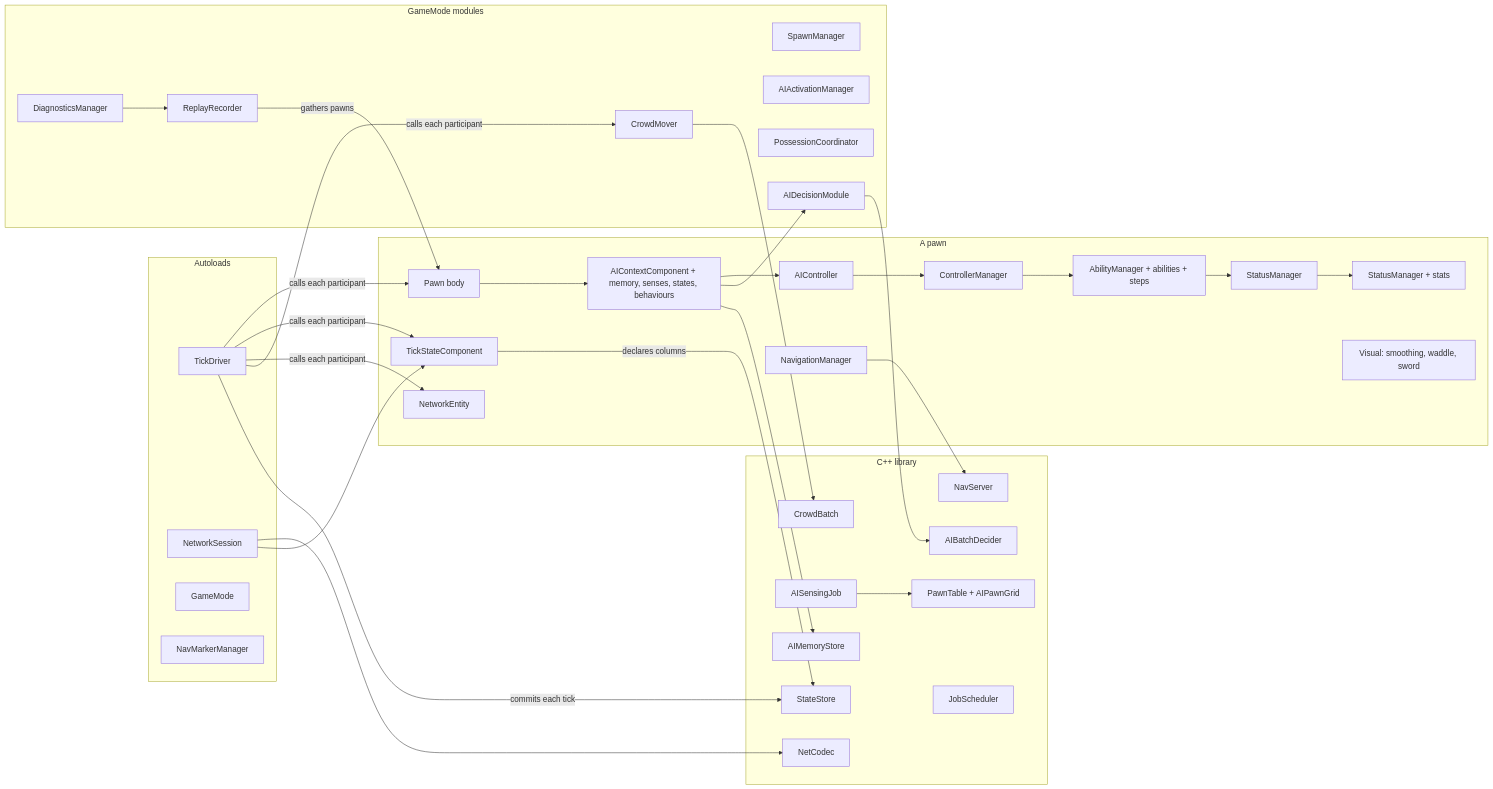
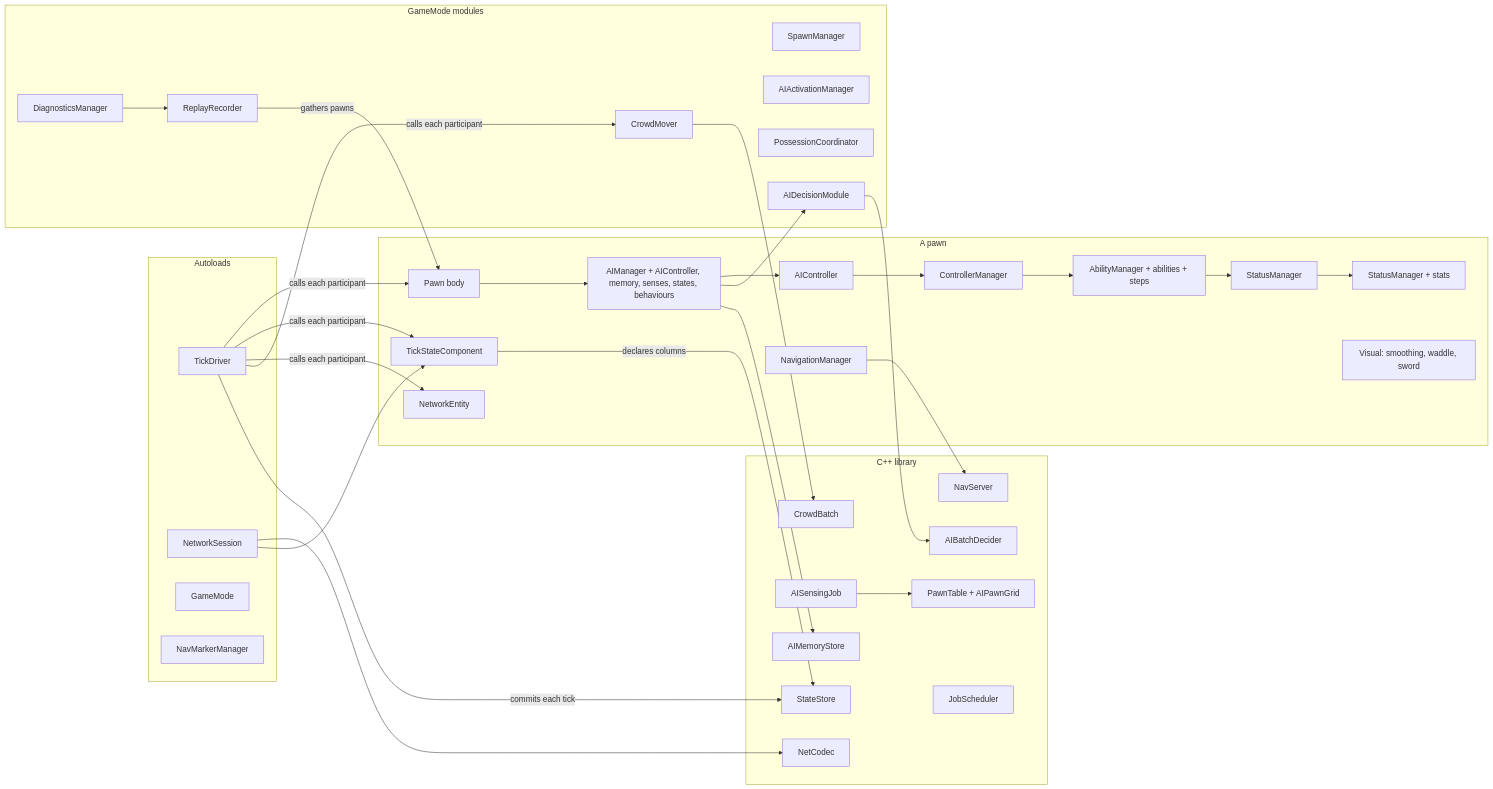
One commit to 6ixpoolgames/ProjectVibe changed the first of 6 diagrams in docs/ARCHITECTURE.md. Above: the diagram before and after it, drawn with Mermaid. The commit also changed 99 other files, not shown here.

````diff
--- a/docs/ARCHITECTURE.md
+++ b/docs/ARCHITECTURE.md
@@ -26,56 +26,56 @@
 ```mermaid
 flowchart LR
   subgraph autoloads[Autoloads]
     TD[TickDriver]
     NS[NetworkSession]
     GM[GameMode]
     NMM[NavMarkerManager]
   end
   subgraph pawn[A pawn]
     P[Pawn body]
     CM[ControllerManager]
     AIC[AIController]
     AM[AbilityManager + abilities + steps]
     EM[StatusManager]
     SM[StatusManager + stats]
     NAV[NavigationManager]
-    AICTX[AIContextComponent + memory, senses, states, behaviours]
+    AICTX[AIManager + AIController, memory, senses, states, behaviours]
     TSC[TickStateComponent]
     NE[NetworkEntity]
     VIS[Visual: smoothing, waddle, sword]
   end
   subgraph modules[GameMode modules]
     SPN[SpawnManager]
     ACT[AIActivationManager]
     POS[PossessionCoordinator]
     CROWD[CrowdMover]
     DEC[AIDecisionModule]
     REC[ReplayRecorder]
     DIAG[DiagnosticsManager]
   end
   subgraph native[C++ library]
     PT[PawnTable + AIPawnGrid]
     MEM[AIMemoryStore]
     BD[AIBatchDecider]
     SENSE[AISensingJob]
     CB[CrowdBatch]
     TSR[StateStore]
     CODEC[NetCodec]
     NAVS[NavServer]
     JS[JobScheduler]
   end
   TD -->|calls each participant| P & TSC & NE & CROWD
   P --> AICTX --> AIC --> CM --> AM
   AM --> EM --> SM
   AICTX --> DEC --> BD
   AICTX --> MEM
   SENSE --> PT
   CROWD --> CB
   TD -->|commits each tick| TSR
   TSC -->|declares columns| TSR
   NS --> CODEC
   NS --> TSC
   NAV --> NAVS
   REC -->|gathers pawns| P
   DIAG --> REC
 ```
````
